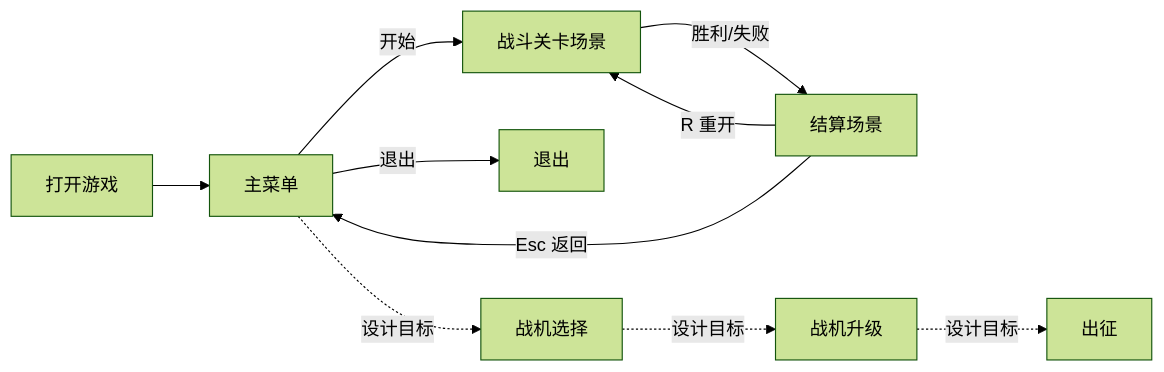
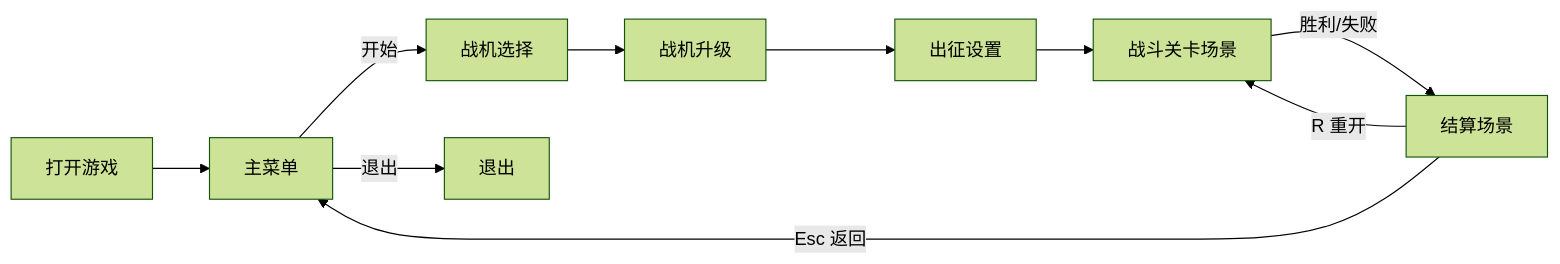
One commit to tiaoyu/spacebattle changed the diagram in docs/design/game_design_document.md. Above: the diagram before and after it, drawn with Mermaid (forest theme). The commit also changed other lines of this file and 53 other files, not shown here.

Commit message:
Remove GAMES_README.md, update game_progress.db, and enhance upgrade system with bullet damage. Add new difficulty calculation and reward breakdown features. Implement ECS architecture for scene management and improve configuration settings for enemy types and player abilities.

````diff
--- a/docs/design/game_design_document.md
+++ b/docs/design/game_design_document.md
@@ -148,10 +223,12 @@
 ```mermaid
 flowchart LR
 打开游戏 --> 主菜单
-主菜单 --开始--> 战斗关卡场景
+主菜单 --开始--> 战机选择
+战机选择 --> 战机升级
+战机升级 --> 出征设置
+出征设置 --> 战斗关卡场景
 主菜单 --退出--> 退出
 战斗关卡场景 --胜利/失败--> 结算场景
 结算场景 --R 重开--> 战斗关卡场景
 结算场景 --Esc 返回--> 主菜单
-主菜单 -. 设计目标 .-> 战机选择 -. 设计目标 .-> 战机升级 -. 设计目标 .-> 出征
 ```
````
